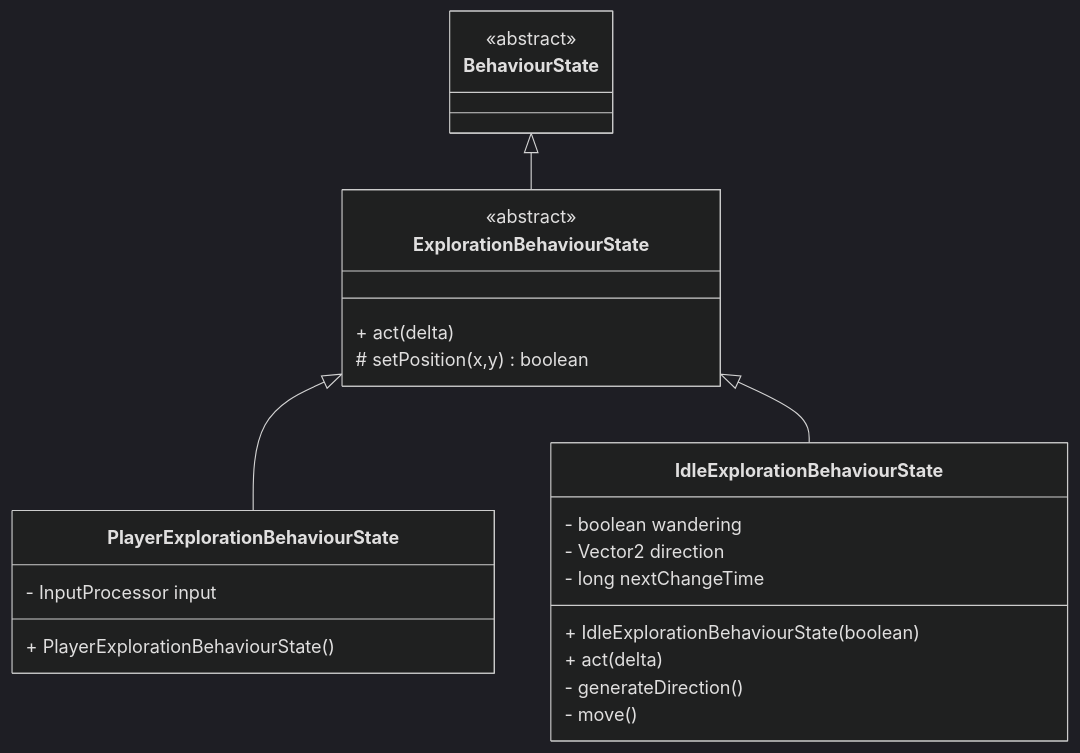
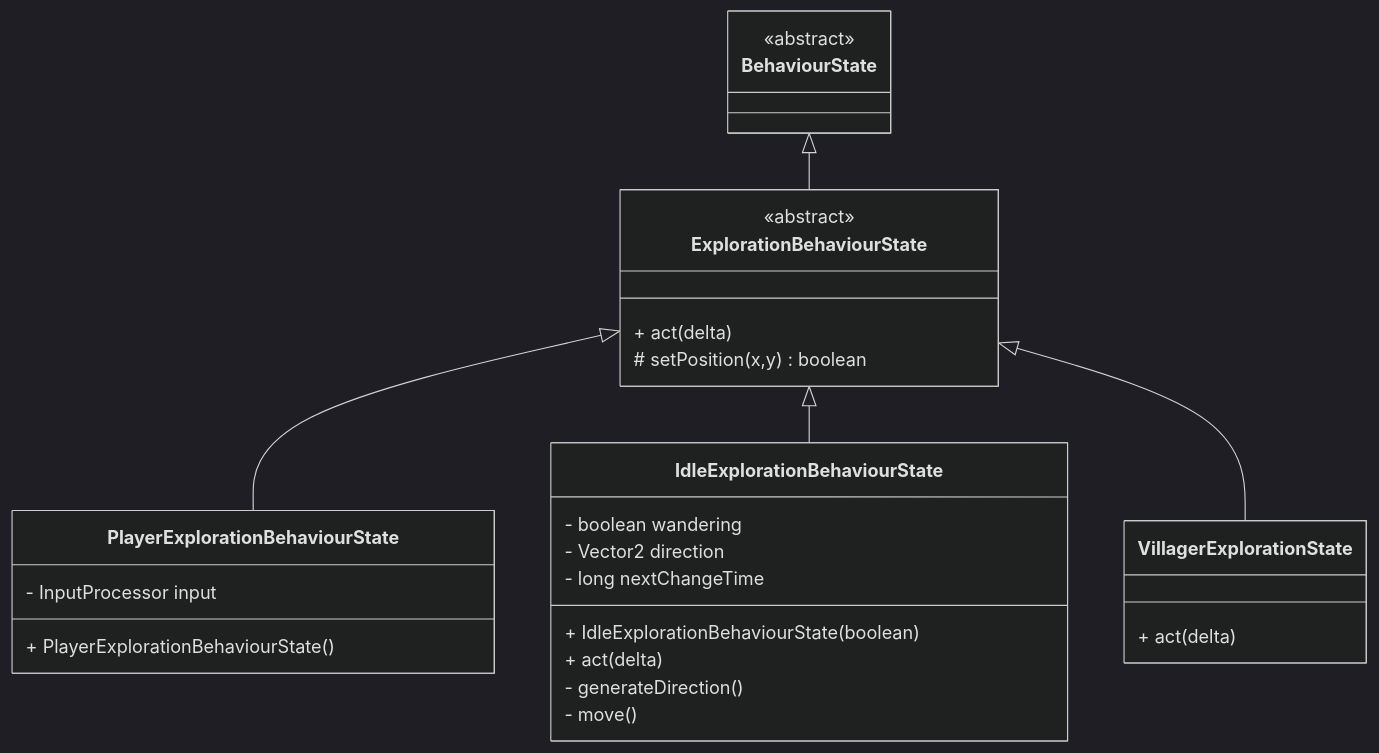
Diagram 15 of 36 in class_design/Version_0_1.md (StrangeClone/GreatGame), drawn with Mermaid (dark theme) before and after one commit. The commit also changed other lines of this file and 33 other files, not shown here.

````diff
--- a/class_design/Version_0_1.md
+++ b/class_design/Version_0_1.md
@@ -673,27 +673,31 @@
 ```mermaid
 classDiagram
     class BehaviourState {
         <<abstract>>
     }
     class ExplorationBehaviourState {
         <<abstract>>
         + act(delta)
         # setPosition(x,y) boolean
     }
     BehaviourState <|-- ExplorationBehaviourState
     class PlayerExplorationBehaviourState {
         - InputProcessor input
         + PlayerExplorationBehaviourState()
     }
     ExplorationBehaviourState <|-- PlayerExplorationBehaviourState
     class IdleExplorationBehaviourState {
         - boolean wandering
         - Vector2 direction
         - long nextChangeTime
         + IdleExplorationBehaviourState(boolean)
         + act(delta)
         - generateDirection()
         - move()
     }
     ExplorationBehaviourState <|-- IdleExplorationBehaviourState
+    class VillagerExplorationState {
+        + act(delta)
+    }
+    ExplorationBehaviourState <|-- VillagerExplorationState
 ```
````
